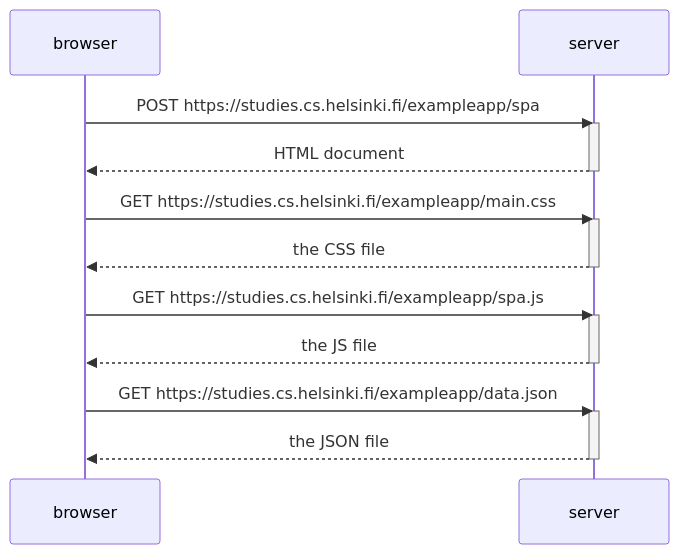
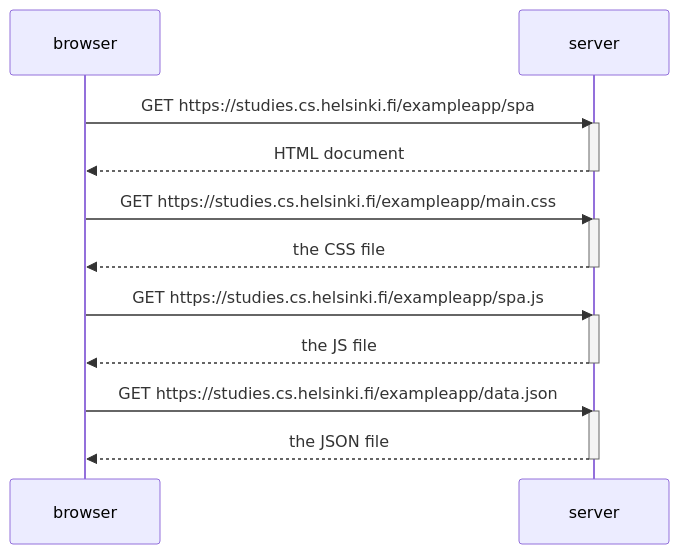
One commit to JutilaO/fullstackopen changed the diagram in Osa 0/Tehtävä 0.5.md. Above: the diagram before and after it, drawn with Mermaid.

Commit message:
Update Tehtävä 0.5.md

````diff
--- a/Osa 0/Tehtävä 0.5.md
+++ b/Osa 0/Tehtävä 0.5.md
@@ -1,26 +1,26 @@
 ```mermaid
 sequenceDiagram
     participant browser
     participant server
     
-    browser->>server: POST https://studies.cs.helsinki.fi/exampleapp/spa
+    browser->>server: GET https://studies.cs.helsinki.fi/exampleapp/spa
     activate server
     server-->>browser: HTML document
     deactivate server
     
     browser->>server: GET https://studies.cs.helsinki.fi/exampleapp/main.css
     activate server
     server-->>browser: the CSS file
     deactivate server
     
     browser->>server: GET https://studies.cs.helsinki.fi/exampleapp/spa.js
     activate server
     server-->>browser: the JS file
     deactivate server
 
     browser->>server: GET https://studies.cs.helsinki.fi/exampleapp/data.json
     activate server
     server-->>browser: the JSON file
     deactivate server   
 
 ```
````
